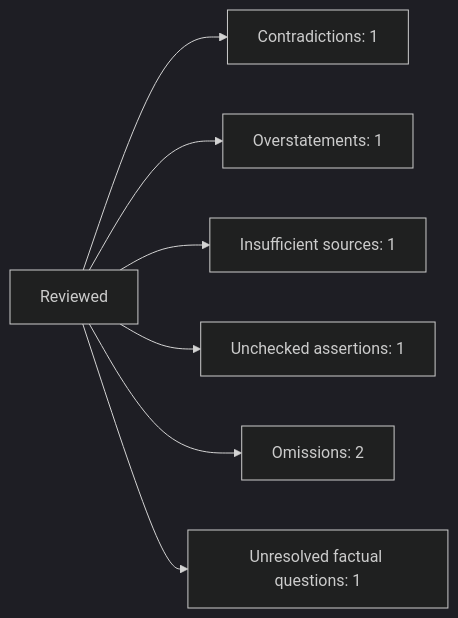
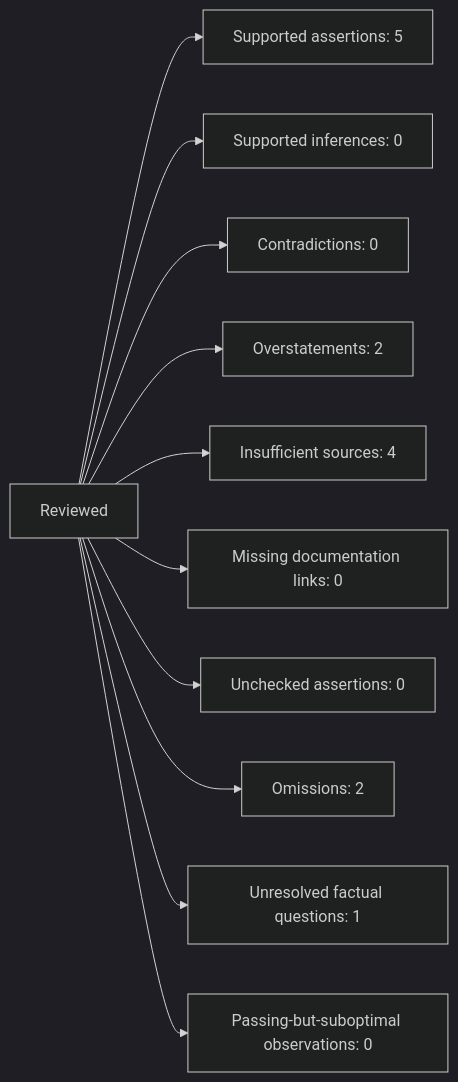
Before and after one commit to PoliceConductUS/section-1983-skills: the diagram in evaluations/fixtures/post-draft-assertion-validation/passing.md, drawn with Mermaid (dark theme). The commit also changed other lines of this file and 56 other files, not shown here.

````diff
--- a/evaluations/fixtures/post-draft-assertion-validation/passing.md
+++ b/evaluations/fixtures/post-draft-assertion-validation/passing.md
@@ -43,9 +210,13 @@
 ```mermaid
 flowchart LR
-  Reviewed --> Contradictions[Contradictions: 1]
-  Reviewed --> Overstatements[Overstatements: 1]
-  Reviewed --> Insufficient[Insufficient sources: 1]
-  Reviewed --> Unchecked[Unchecked assertions: 1]
+  Reviewed --> Supported[Supported assertions: 5]
+  Reviewed --> Inferences[Supported inferences: 0]
+  Reviewed --> Contradictions[Contradictions: 0]
+  Reviewed --> Overstatements[Overstatements: 2]
+  Reviewed --> Insufficient[Insufficient sources: 4]
+  Reviewed --> MissingLinks[Missing documentation links: 0]
+  Reviewed --> Unchecked[Unchecked assertions: 0]
   Reviewed --> Omissions[Omissions: 2]
   Reviewed --> Unknowns[Unresolved factual questions: 1]
+  Reviewed --> Suboptimal[Passing-but-suboptimal observations: 0]
 ```
````
